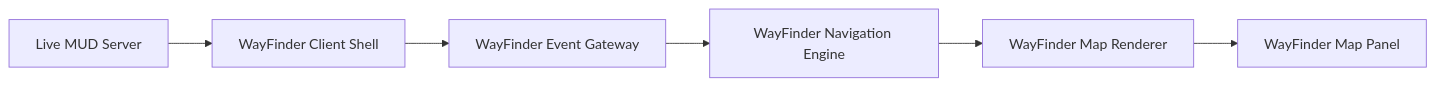
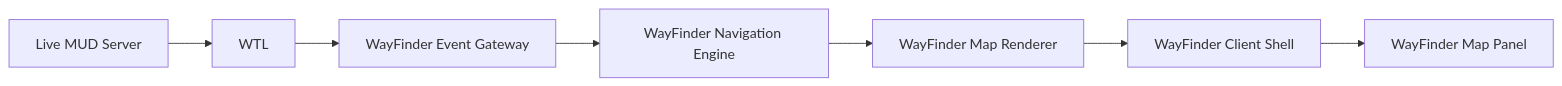
Before and after one commit to Khorlane/WayFinder: the first of 3 diagrams in README.md, drawn with Mermaid. The commit also changed other lines of this file and 7 other files, not shown here.

Commit message:
Align architecture docs and split Step 1 codex/docs instruction tasks

````diff
--- a/README.md
+++ b/README.md
@@ -25,17 +25,18 @@
 ```mermaid
 flowchart LR
 
 MUD[Live MUD Server]
 
 WCS[WayFinder Client Shell]
 WEG[WayFinder Event Gateway]
 WNE[WayFinder Navigation Engine]
 WMR[WayFinder Map Renderer]
 WMP[WayFinder Map Panel]
 
-MUD --> WCS
-WCS --> WEG
+MUD --> WTL
+WTL --> WEG
 WEG --> WNE
 WNE --> WMR
-WMR --> WMP
+WMR --> WCS
+WCS --> WMP
 ```
````
